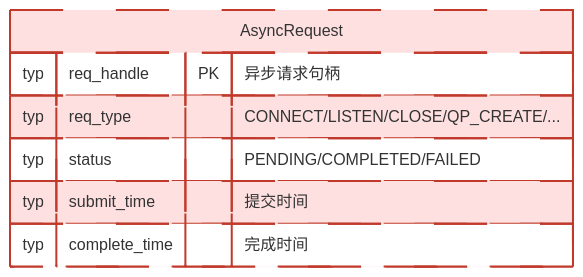
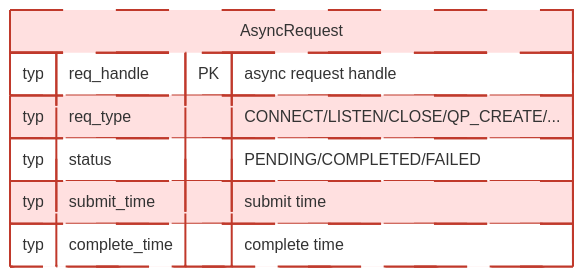
One commit to Atlas-Ascend-Fork/hcomm changed diagram 16 of 19 in test/hccl_vm/docs/simulator_runner_data_model_en.md. Above: the diagram before and after it, drawn with Mermaid. The commit also changed other lines of this file and 73 other files, not shown here.

````diff
--- a/test/hccl_vm/docs/simulator_runner_data_model_en.md
+++ b/test/hccl_vm/docs/simulator_runner_data_model_en.md
@@ -1433,13 +1435,13 @@
 ```mermaid
 erDiagram
     AsyncRequest {
-        typ req_handle PK "异步请求句柄"
+        typ req_handle PK "async request handle"
         typ req_type "CONNECT/LISTEN/CLOSE/QP_CREATE/..."
         typ status "PENDING/COMPLETED/FAILED"
-        typ submit_time "提交时间"
-        typ complete_time "完成时间"
+        typ submit_time "submit time"
+        typ complete_time "complete time"
     }
 
     classDef unimplemented fill:#ffe0e0,stroke:#c0392b,stroke-width:2px,stroke-dasharray:5 3
     class AsyncRequest unimplemented
 ```
````
